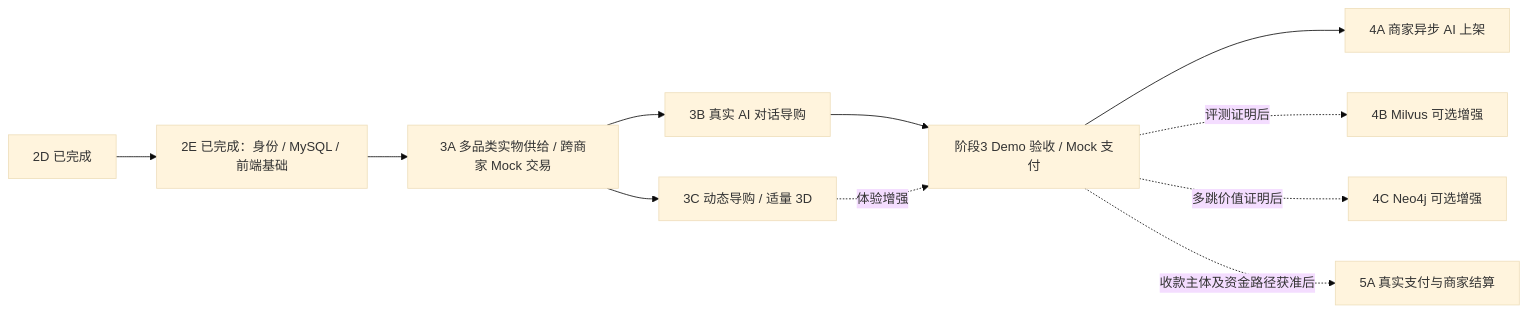
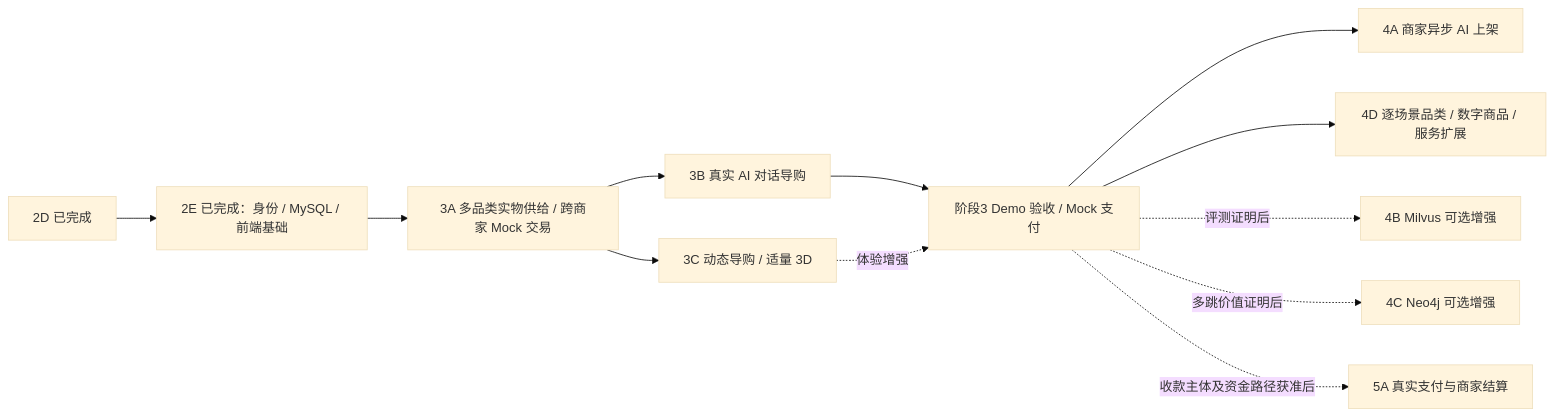
The fifth of 5 diagrams in docs/SYSTEM_ARCHITECTURE.md (powerful05/megagraph-shop), drawn with Mermaid (base theme) before and after one commit. The commit also changed other lines of this file and 6 other files, not shown here.

````diff
--- a/docs/SYSTEM_ARCHITECTURE.md
+++ b/docs/SYSTEM_ARCHITECTURE.md
@@ -925,13 +947,14 @@
 ```mermaid
 flowchart LR
     D[2D 已完成] --> E[2E 已完成：身份 / MySQL / 前端基础]
     E --> A[3A 多品类实物供给 / 跨商家 Mock 交易]
     A --> B[3B 真实 AI 对话导购]
     A --> C[3C 动态导购 / 适量 3D]
     B --> T[阶段3 Demo 验收 / Mock 支付]
     C -. 体验增强 .-> T
     T --> M[4A 商家异步 AI 上架]
+    T --> X[4D 逐场景品类 / 数字商品 / 服务扩展]
     T -. 评测证明后 .-> V[4B Milvus 可选增强]
     T -. 多跳价值证明后 .-> G[4C Neo4j 可选增强]
     T -. 收款主体及资金路径获准后 .-> P[5A 真实支付与商家结算]
 ```
````
